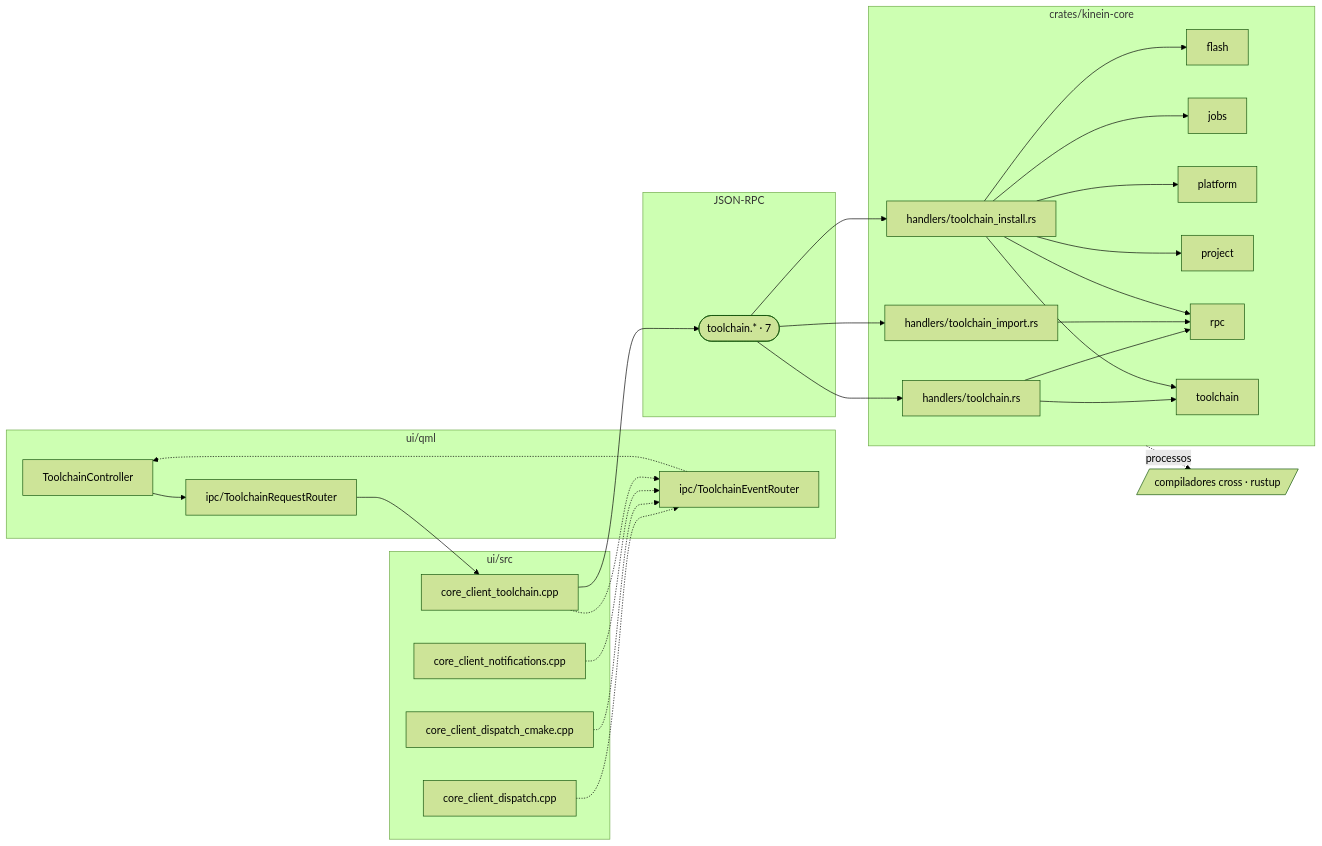
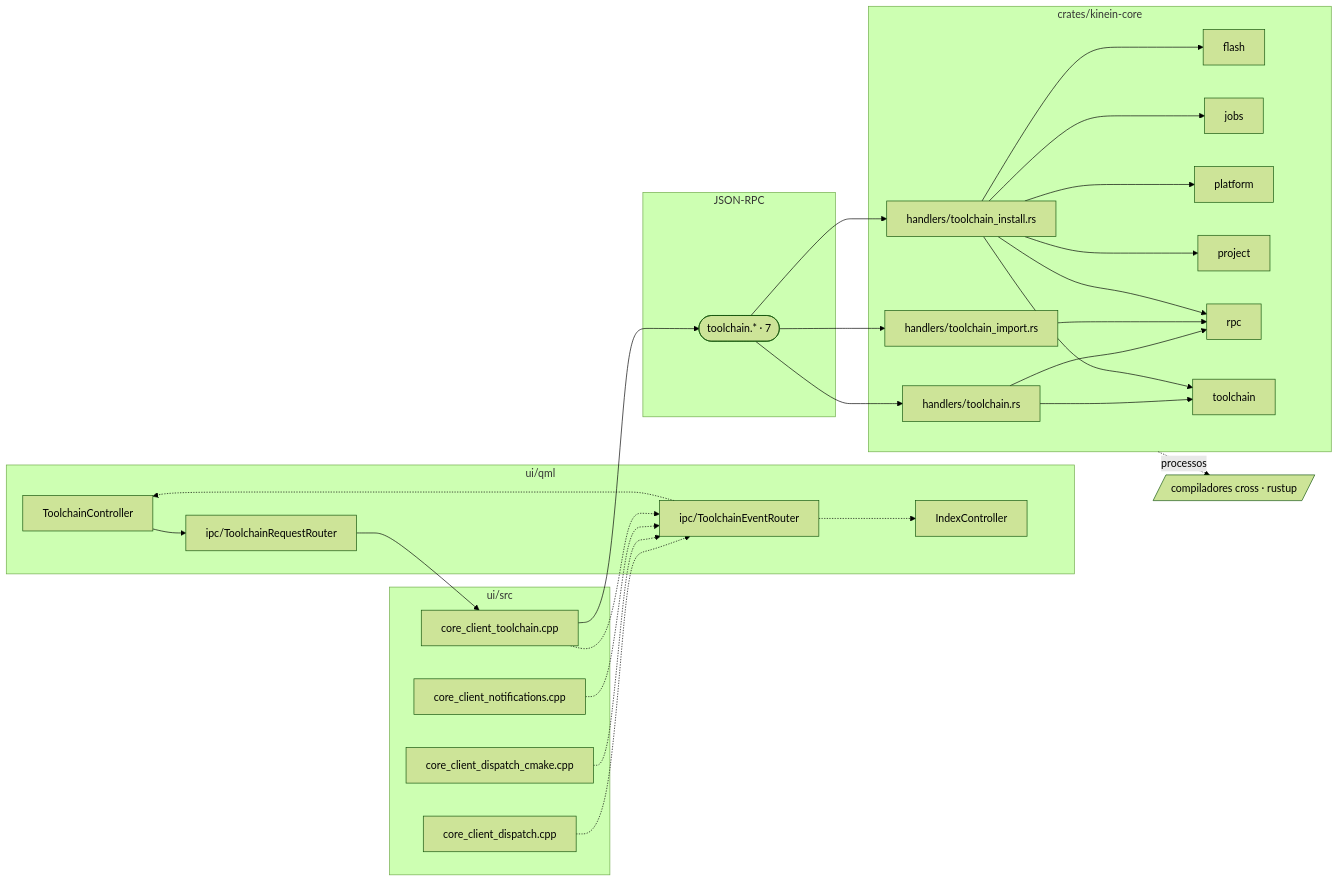
One commit to ViktorWalde/KineinVectis changed diagram 11 of 16 in DocsPublic/arquitetura/01-mapa-de-modulos.md. Above: the diagram before and after it, drawn with Mermaid (forest theme). The commit also changed other lines of this file and 28 other files, not shown here.

````diff
--- a/DocsPublic/arquitetura/01-mapa-de-modulos.md
+++ b/DocsPublic/arquitetura/01-mapa-de-modulos.md
@@ -998,50 +998,52 @@
 ```mermaid
 flowchart LR
   subgraph QML["ui/qml"]
+    n_ui_qml_index_IndexController_qml["IndexController"]
     n_ui_qml_toolchain_ToolchainController_qml["ToolchainController"]
     n_ui_qml_ipc_ToolchainRequestRouter_qml["ipc/ToolchainRequestRouter"]
     n_ui_qml_ipc_ToolchainEventRouter_qml["ipc/ToolchainEventRouter"]
   end
   subgraph CPP["ui/src"]
     n_ui_src_core_client_dispatch_cpp["core_client_dispatch.cpp"]
     n_ui_src_core_client_dispatch_cmake_cpp["core_client_dispatch_cmake.cpp"]
     n_ui_src_core_client_notifications_cpp["core_client_notifications.cpp"]
     n_ui_src_core_client_toolchain_cpp["core_client_toolchain.cpp"]
   end
   subgraph IPC["JSON-RPC"]
     n_ipc_toolchain(["toolchain.* · 7"])
   end
   subgraph CORE["crates/kinein-core"]
     n_crates_kinein_core_src_handlers_toolchain_rs["handlers/toolchain.rs"]
     n_crates_kinein_core_src_handlers_toolchain_import_rs["handlers/toolchain_import.rs"]
     n_crates_kinein_core_src_handlers_toolchain_install_rs["handlers/toolchain_install.rs"]
     n_core_flash[flash]
     n_core_jobs[jobs]
     n_core_platform[platform]
     n_core_project[project]
     n_core_rpc[rpc]
     n_core_toolchain[toolchain]
   end
   n_tools_toolchain[/"compiladores cross · rustup"/]
+  n_ui_qml_ipc_ToolchainEventRouter_qml -.-> n_ui_qml_index_IndexController_qml
   n_ui_qml_ipc_ToolchainEventRouter_qml -.-> n_ui_qml_toolchain_ToolchainController_qml
   n_ui_qml_ipc_ToolchainRequestRouter_qml --> n_ui_src_core_client_toolchain_cpp
   n_ui_qml_toolchain_ToolchainController_qml --> n_ui_qml_ipc_ToolchainRequestRouter_qml
   n_ui_src_core_client_dispatch_cpp -.-> n_ui_qml_ipc_ToolchainEventRouter_qml
   n_ui_src_core_client_dispatch_cmake_cpp -.-> n_ui_qml_ipc_ToolchainEventRouter_qml
   n_ui_src_core_client_notifications_cpp -.-> n_ui_qml_ipc_ToolchainEventRouter_qml
   n_ui_src_core_client_toolchain_cpp --> n_ipc_toolchain
   n_ui_src_core_client_toolchain_cpp -.-> n_ui_qml_ipc_ToolchainEventRouter_qml
   n_ipc_toolchain --> n_crates_kinein_core_src_handlers_toolchain_rs
   n_crates_kinein_core_src_handlers_toolchain_rs --> n_core_rpc
   n_crates_kinein_core_src_handlers_toolchain_rs --> n_core_toolchain
   n_ipc_toolchain --> n_crates_kinein_core_src_handlers_toolchain_import_rs
   n_crates_kinein_core_src_handlers_toolchain_import_rs --> n_core_rpc
   n_ipc_toolchain --> n_crates_kinein_core_src_handlers_toolchain_install_rs
   n_crates_kinein_core_src_handlers_toolchain_install_rs --> n_core_flash
   n_crates_kinein_core_src_handlers_toolchain_install_rs --> n_core_jobs
   n_crates_kinein_core_src_handlers_toolchain_install_rs --> n_core_platform
   n_crates_kinein_core_src_handlers_toolchain_install_rs --> n_core_project
   n_crates_kinein_core_src_handlers_toolchain_install_rs --> n_core_rpc
   n_crates_kinein_core_src_handlers_toolchain_install_rs --> n_core_toolchain
   CORE -.->|processos| n_tools_toolchain
 ```
````
